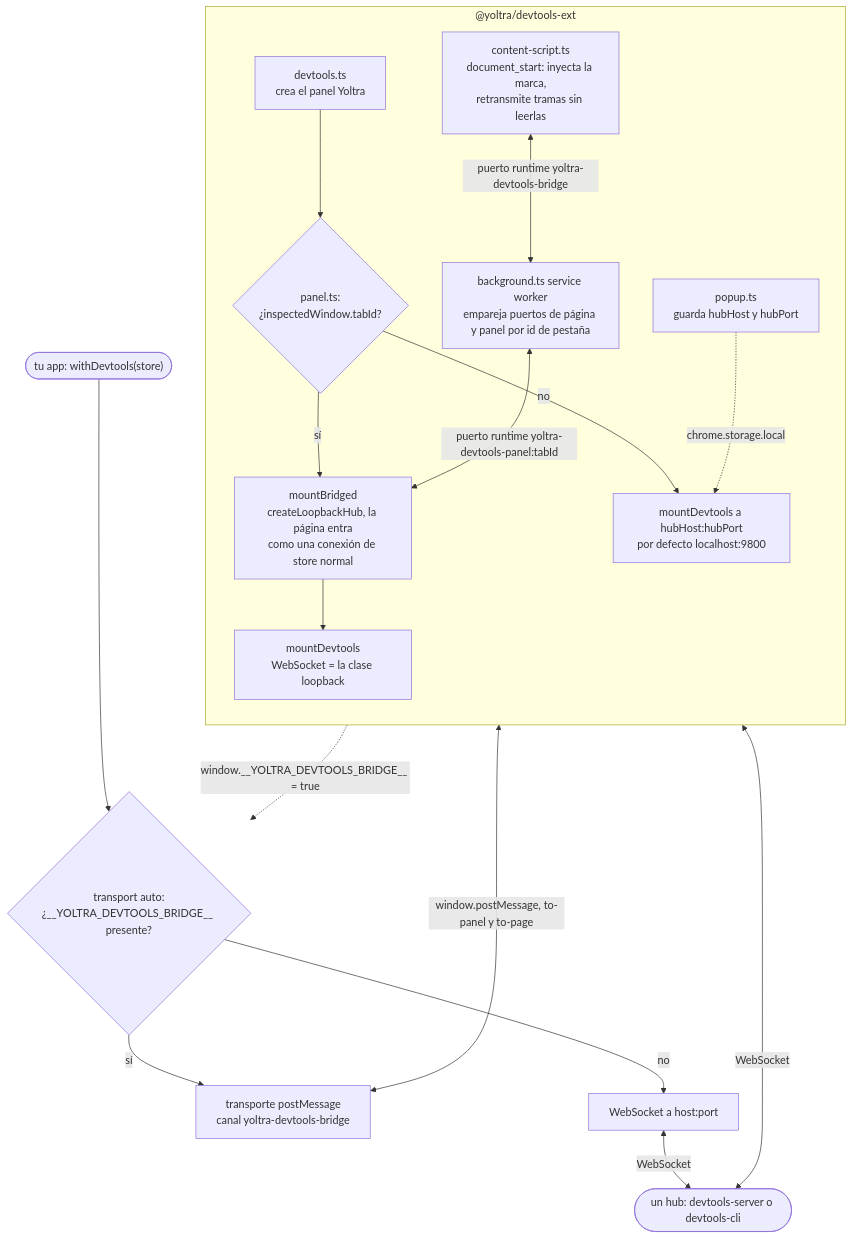
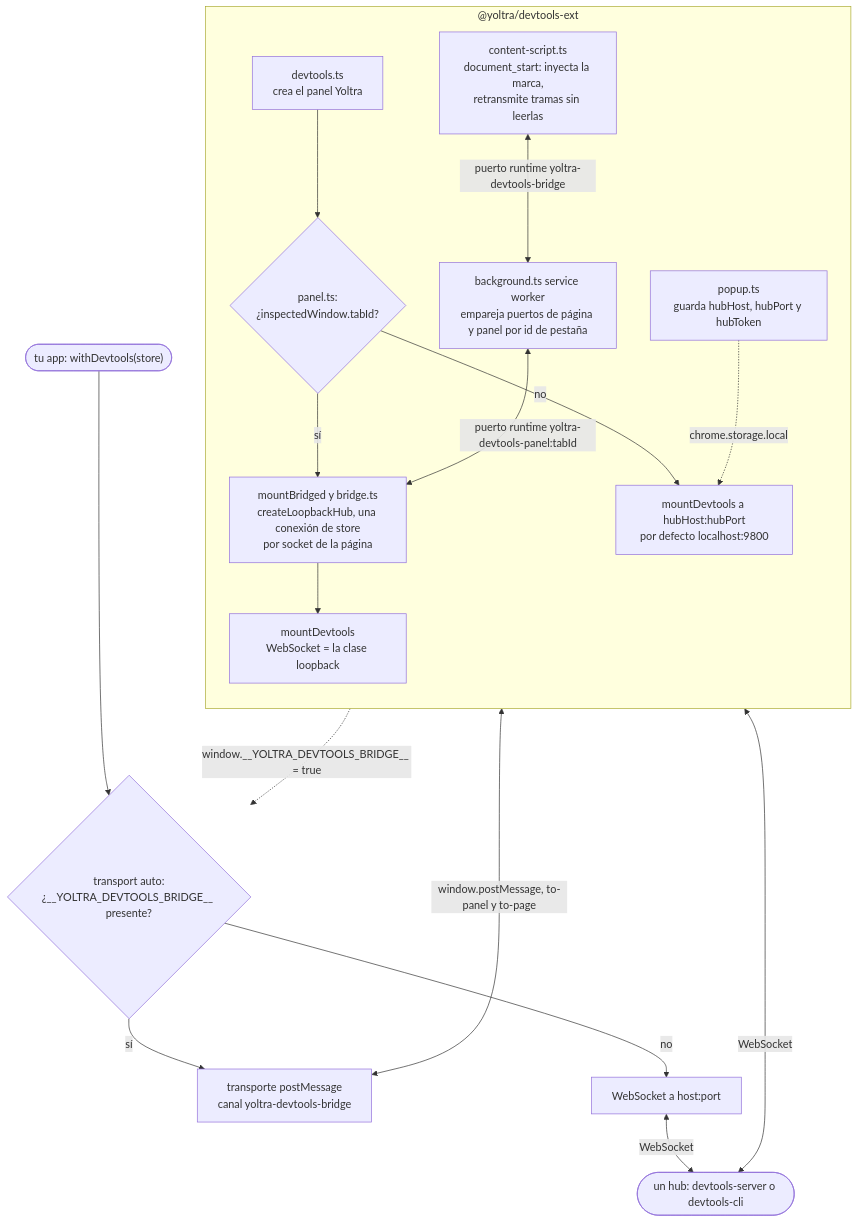
One commit to yoltra/yoltra changed the diagram in devtools/devtools-ext/README.es.md. Above: the diagram before and after it, drawn with Mermaid. The commit also changed other lines of this file and 102 other files, not shown here.

First line of the commit message:
fix(devtools): tokens on every side, a fresh panel that updates, one connection per store

````diff
--- a/devtools/devtools-ext/README.es.md
+++ b/devtools/devtools-ext/README.es.md
@@ -59,27 +59,27 @@
 ```mermaid
 flowchart TD
     page(["tu app: withDevtools(store)"])
     hubNode(["un hub: devtools-server o devtools-cli"])
 
     page --> mark{"transport auto:<br/>¿__YOLTRA_DEVTOOLS_BRIDGE__ presente?"}
     mark -->|"sí"| pm["transporte postMessage<br/>canal yoltra-devtools-bridge"]
     mark -->|"no"| ws["WebSocket a host:port"]
 
     subgraph ext ["@yoltra/devtools-ext"]
     direction TB
         cs["content-script.ts<br/>document_start: inyecta la marca,<br/>retransmite tramas sin leerlas"]
         bg["background.ts service worker<br/>empareja puertos de página y panel por id de pestaña"]
         dt["devtools.ts<br/>crea el panel Yoltra"] --> panel{"panel.ts:<br/>¿inspectedWindow.tabId?"}
-        panel -->|"sí"| bridged["mountBridged<br/>createLoopbackHub, la página entra<br/>como una conexión de store normal"]
+        panel -->|"sí"| bridged["mountBridged y bridge.ts<br/>createLoopbackHub, una conexión de store<br/>por socket de la página"]
         panel -->|"no"| direct["mountDevtools a hubHost:hubPort<br/>por defecto localhost:9800"]
-        popup["popup.ts<br/>guarda hubHost y hubPort"] -.->|"chrome.storage.local"| direct
+        popup["popup.ts<br/>guarda hubHost, hubPort y hubToken"] -.->|"chrome.storage.local"| direct
         bridged --> loopUi["mountDevtools<br/>WebSocket = la clase loopback"]
     end
 
     cs -.->|"window.__YOLTRA_DEVTOOLS_BRIDGE__ = true"| mark
     pm <-->|"window.postMessage, to-panel y to-page"| cs
     cs <-->|"puerto runtime yoltra-devtools-bridge"| bg
     bg <-->|"puerto runtime yoltra-devtools-panel:tabId"| bridged
     ws <-->|"WebSocket"| hubNode
     direct <-->|"WebSocket"| hubNode
 ```
````
